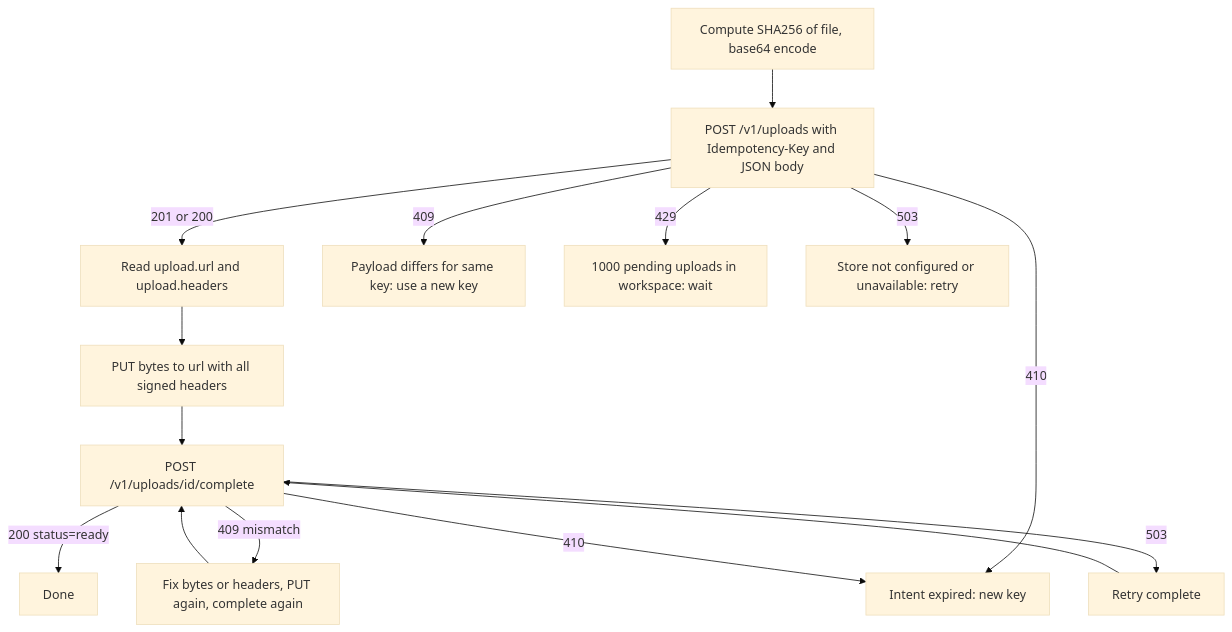
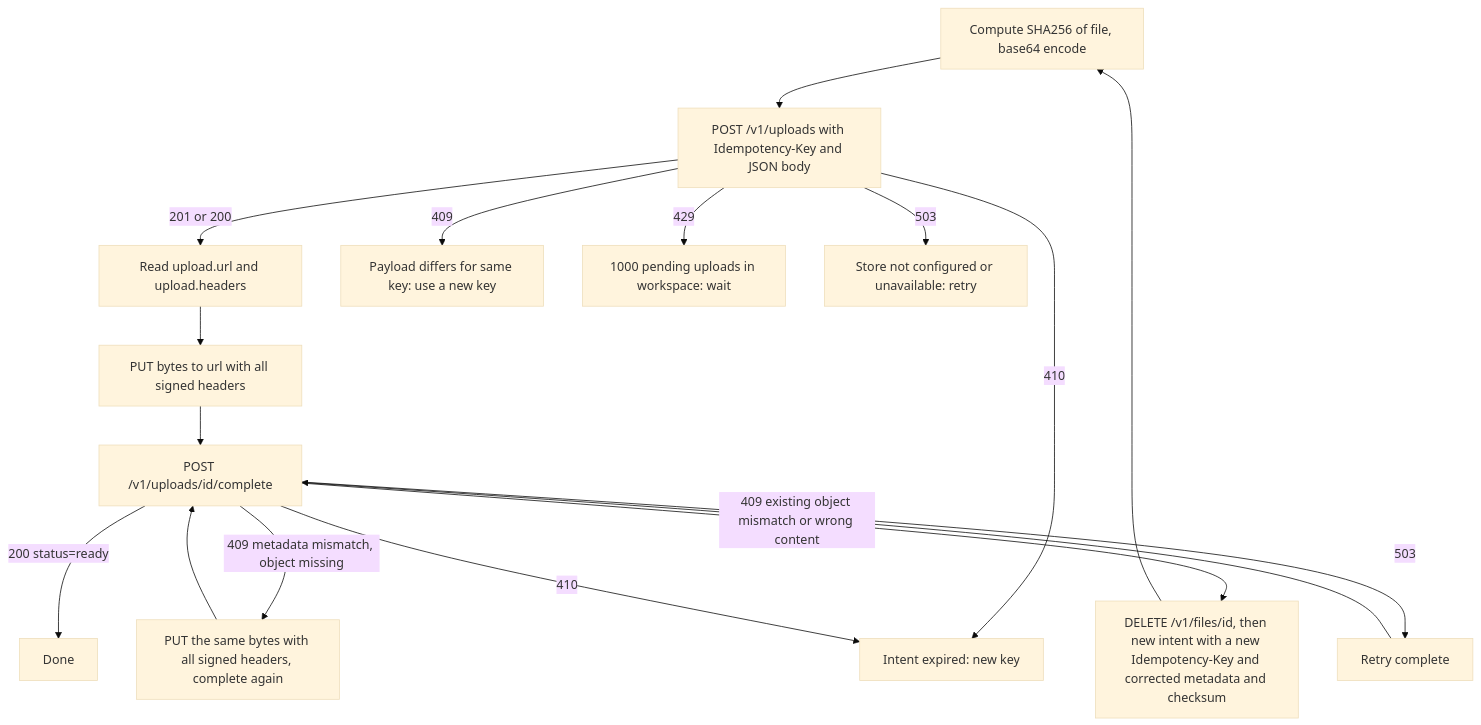
One commit to bookchaowalit-backend/platform-media changed the first of 4 diagrams in docs/diagrams/03-user-flows.md. Above: the diagram before and after it, drawn with Mermaid (base theme).

Commit message:
docs: split media complete 409 into retry-PUT and new-intent paths
A re-PUT to an existing key fails with 412 (If-None-Match: *), so an
existing-object mismatch must delete the intent and start a new one.

````diff
--- a/docs/diagrams/03-user-flows.md
+++ b/docs/diagrams/03-user-flows.md
@@ -7,17 +7,19 @@
 ```mermaid
 flowchart TD
   A1["Compute SHA256 of file, base64 encode"] --> A2["POST /v1/uploads with Idempotency-Key and JSON body"]
   A2 -->|"201 or 200"| A3["Read upload.url and upload.headers"]
   A2 -->|"409"| AX1["Payload differs for same key: use a new key"]
   A2 -->|"410"| AX2["Intent expired: new key"]
   A2 -->|"429"| AX3["1000 pending uploads in workspace: wait"]
   A2 -->|"503"| AX4["Store not configured or unavailable: retry"]
   A3 --> A4["PUT bytes to url with all signed headers"]
   A4 --> A5["POST /v1/uploads/id/complete"]
   A5 -->|"200 status=ready"| A6["Done"]
-  A5 -->|"409 mismatch"| A7["Fix bytes or headers, PUT again, complete again"]
+  A5 -->|"409 metadata mismatch, object missing"| A7["PUT the same bytes with all signed headers, complete again"]
+  A5 -->|"409 existing object mismatch or wrong content"| A9["DELETE /v1/files/id, then new intent with a new Idempotency-Key and corrected metadata and checksum"]
   A5 -->|"410"| AX2
   A5 -->|"503"| A8["Retry complete"]
   A7 --> A5
+  A9 --> A1
   A8 --> A5
 ```
````
